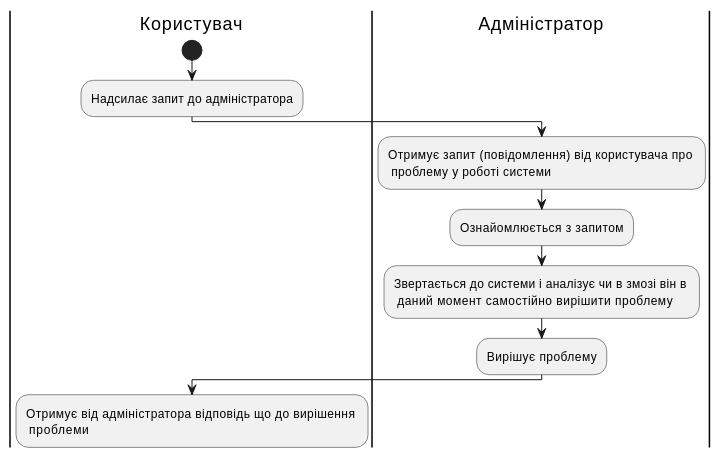
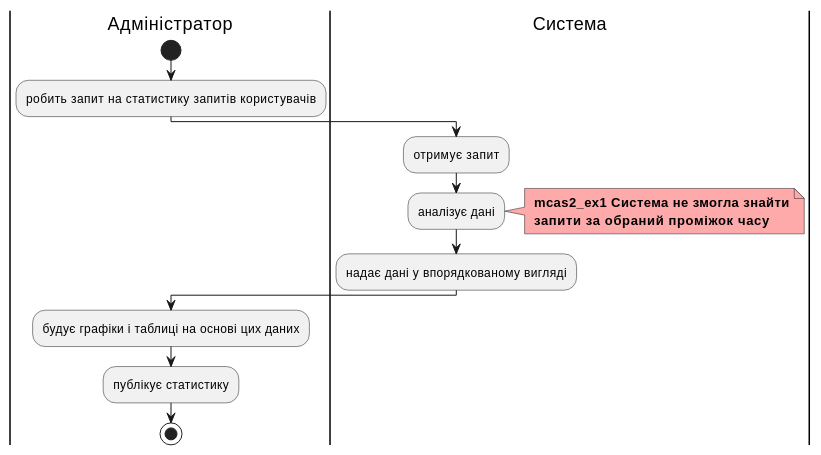
The eighth of 9 diagrams in docs/use cases/README.md (ukioxz/media-content-analyzing-system), drawn with PlantUML before and after one commit. The commit also changed other lines of this file and 2 other files, not shown here.

```diff
--- a/docs/use cases/README.md
+++ b/docs/use cases/README.md
@@ -406,23 +218,19 @@
 @startuml
 
-|Користувач|
-
+|Адміністратор|
 start
-
-:Надсилає запит до адміністратора;
-
-|#AntiqueWhite|Адміністратор
-
-:Отримує запит (повідомлення) від користувача про \n проблему у роботі системи;
-
-:Ознайомлюється з запитом;
-
-:Звертається до системи і аналізує чи в змозі він в \n даний момент самостійно вирішити проблему;
-
-:Вирішує проблему;
-
-|Користувач|
-
-:Отримує від адміністратора відповідь що до вирішення \n проблеми;
+:робить запит на статистику запитів користувачів;
+|Система|   
+:отримує запит;
+:аналізує дані;
+note right #ffaaaa
+<b> mcas2_ex1 Система не змогла знайти
+<b> запити за обраний проміжок часу
+end note
+:надає дані у впорядкованому вигляді;
+|Адміністратор| 
+:будує графіки і таблиці на основі цих даних;
+:публікує статистику;
+stop
 
 @enduml
```
